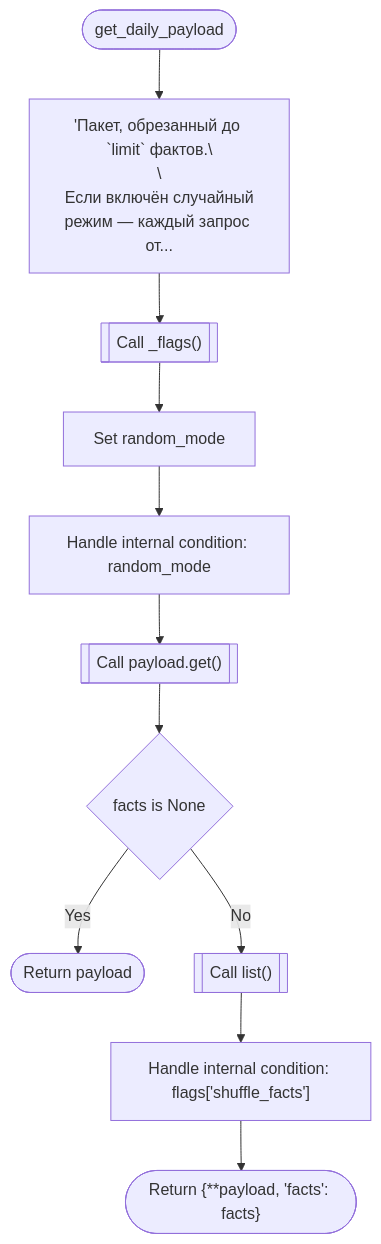
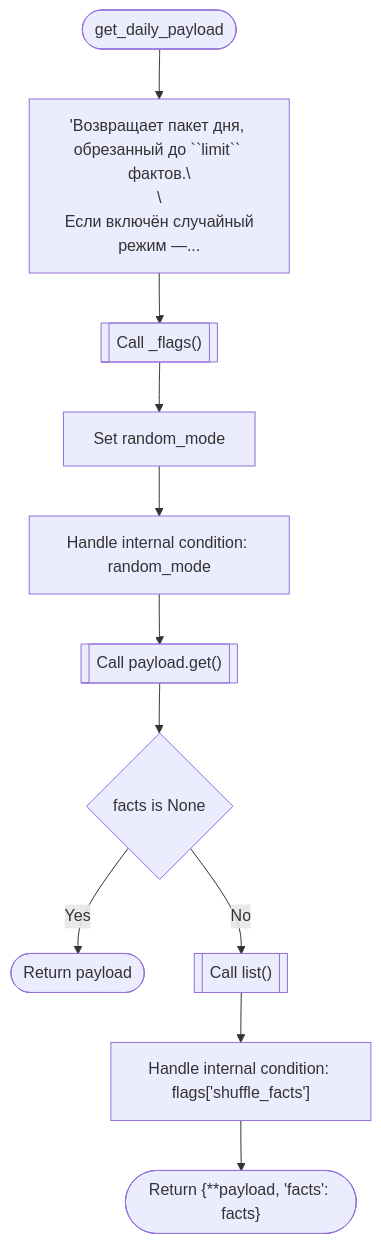
The tenth of 59 diagrams in codedebrief-out/codedebrief.md (ihrusl05-rgb/Factoscope), drawn with Mermaid before and after one commit. The commit also changed other lines of this file and 20 other files, not shown here.

````diff
--- a/codedebrief-out/codedebrief.md
+++ b/codedebrief-out/codedebrief.md
@@ -356,24 +364,24 @@
 ```mermaid
 flowchart TD
   mflow_e35b0204b42a7cd2_n1(["get_daily_payload"])
-  mflow_e35b0204b42a7cd2_n2["'Пакет, обрезанный до `limit` фактов.\\n\\n Если включён случайный режим — каждый запрос от..."]
+  mflow_e35b0204b42a7cd2_n2["'Возвращает пакет дня, обрезанный до ``limit`` фактов.\\n\\n Если включён случайный режим —..."]
   mflow_e35b0204b42a7cd2_n3[["Call _flags()"]]
   mflow_e35b0204b42a7cd2_n4["Set random_mode"]
   mflow_e35b0204b42a7cd2_n5["Handle internal condition: random_mode"]
   mflow_e35b0204b42a7cd2_n6[["Call payload.get()"]]
   mflow_e35b0204b42a7cd2_n7{"facts is None"}
   mflow_e35b0204b42a7cd2_n8(["Return payload"])
   mflow_e35b0204b42a7cd2_n9[["Call list()"]]
   mflow_e35b0204b42a7cd2_n10["Handle internal condition: flags['shuffle_facts']"]
   mflow_e35b0204b42a7cd2_n11(["Return {**payload, 'facts': facts}"])
   mflow_e35b0204b42a7cd2_n1 --> mflow_e35b0204b42a7cd2_n2
   mflow_e35b0204b42a7cd2_n2 --> mflow_e35b0204b42a7cd2_n3
   mflow_e35b0204b42a7cd2_n3 --> mflow_e35b0204b42a7cd2_n4
   mflow_e35b0204b42a7cd2_n4 --> mflow_e35b0204b42a7cd2_n5
   mflow_e35b0204b42a7cd2_n5 --> mflow_e35b0204b42a7cd2_n6
   mflow_e35b0204b42a7cd2_n6 --> mflow_e35b0204b42a7cd2_n7
   mflow_e35b0204b42a7cd2_n7 -->|"Yes"| mflow_e35b0204b42a7cd2_n8
   mflow_e35b0204b42a7cd2_n7 -->|"No"| mflow_e35b0204b42a7cd2_n9
   mflow_e35b0204b42a7cd2_n9 --> mflow_e35b0204b42a7cd2_n10
   mflow_e35b0204b42a7cd2_n10 --> mflow_e35b0204b42a7cd2_n11
 ```
````
